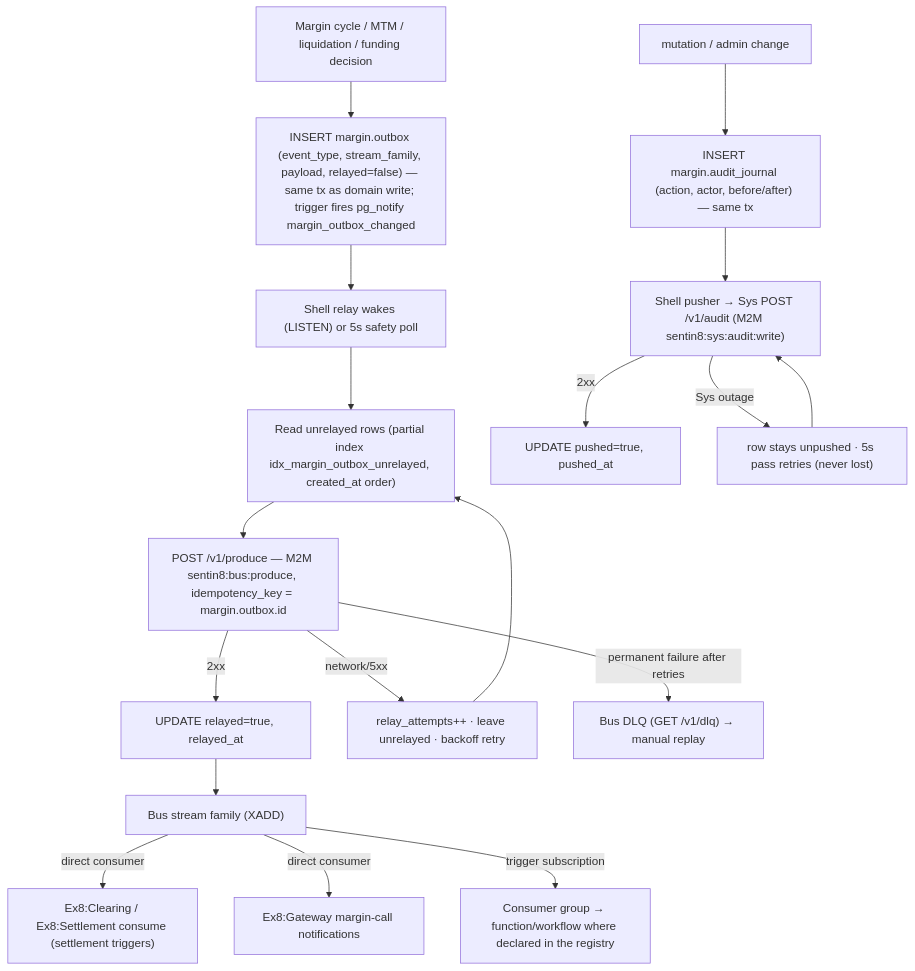
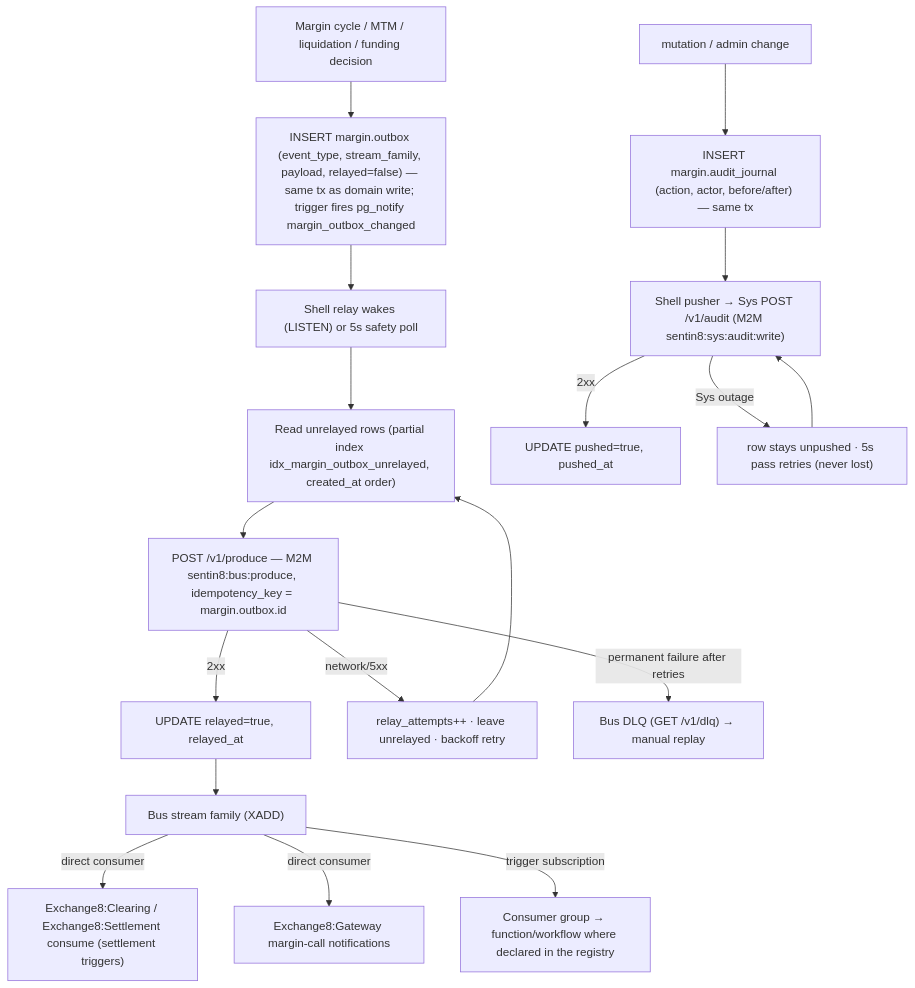
Diagram 13 of 17 in DESIGN.md (Exchange8-dev/exchange8-margin), drawn with Mermaid before and after one commit. The commit also changed other lines of this file and 10 other files, not shown here.

````diff
--- a/DESIGN.md
+++ b/DESIGN.md
@@ -581,20 +581,20 @@
 ```mermaid
 flowchart TD
     A["Margin cycle / MTM / liquidation / funding decision"] --> B["INSERT margin.outbox (event_type, stream_family, payload, relayed=false) — same tx as domain write; trigger fires pg_notify margin_outbox_changed"]
     B --> C["Shell relay wakes (LISTEN) or 5s safety poll"]
     C --> D["Read unrelayed rows (partial index idx_margin_outbox_unrelayed, created_at order)"]
     D --> E["POST /v1/produce — M2M sentin8:bus:produce, idempotency_key = margin.outbox.id"]
     E -->|2xx| F["UPDATE relayed=true, relayed_at"]
     E -->|network/5xx| G["relay_attempts++ · leave unrelayed · backoff retry"]
     G --> D
     E -->|permanent failure after retries| DLQ["Bus DLQ (GET /v1/dlq) → manual replay"]
     F --> H["Bus stream family (XADD)"]
-    H -->|direct consumer| I1["Ex8:Clearing / Ex8:Settlement consume (settlement triggers)"]
-    H -->|direct consumer| I2["Ex8:Gateway margin-call notifications"]
+    H -->|direct consumer| I1["Exchange8:Clearing / Exchange8:Settlement consume (settlement triggers)"]
+    H -->|direct consumer| I2["Exchange8:Gateway margin-call notifications"]
     H -->|trigger subscription| I3["Consumer group → function/workflow where declared in the registry"]
     A2["mutation / admin change"] --> AJ["INSERT margin.audit_journal (action, actor, before/after) — same tx"]
     AJ --> P["Shell pusher → Sys POST /v1/audit (M2M sentin8:sys:audit:write)"]
     P -->|2xx| Q["UPDATE pushed=true, pushed_at"]
     P -->|Sys outage| R["row stays unpushed · 5s pass retries (never lost)"]
     R --> P
 ```
````
